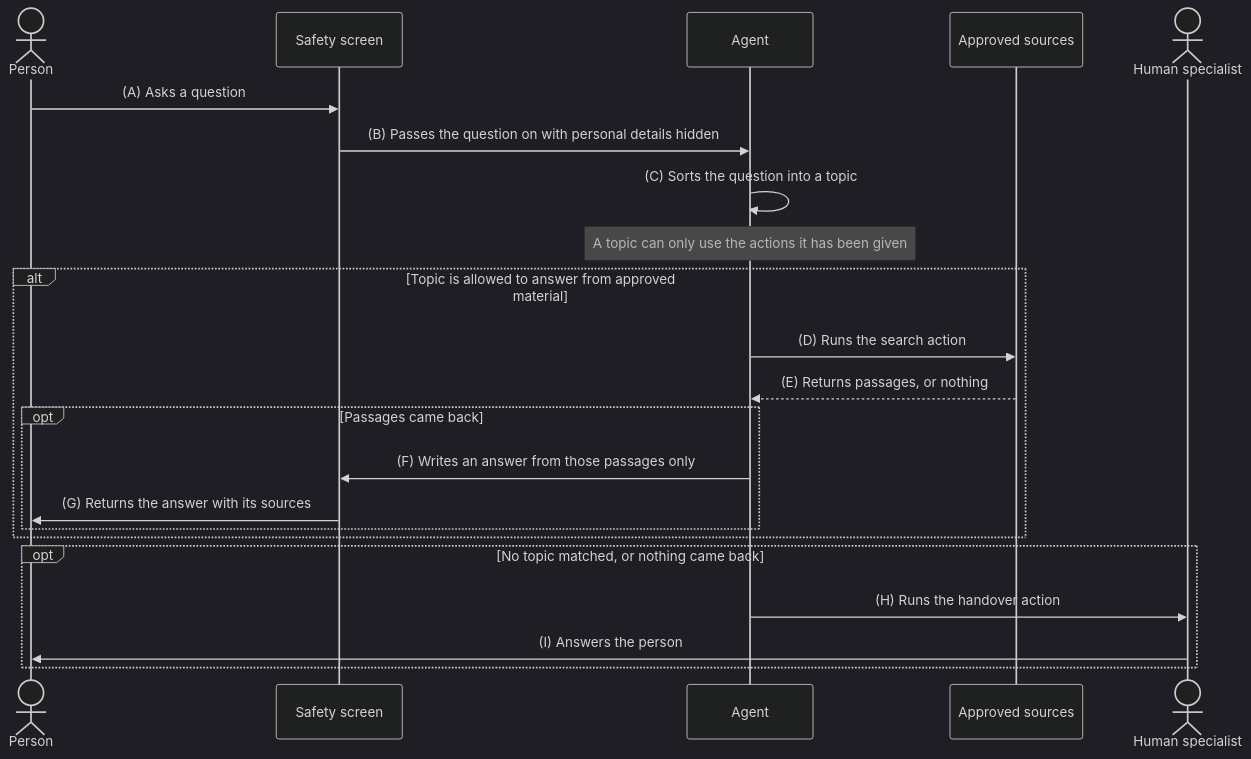
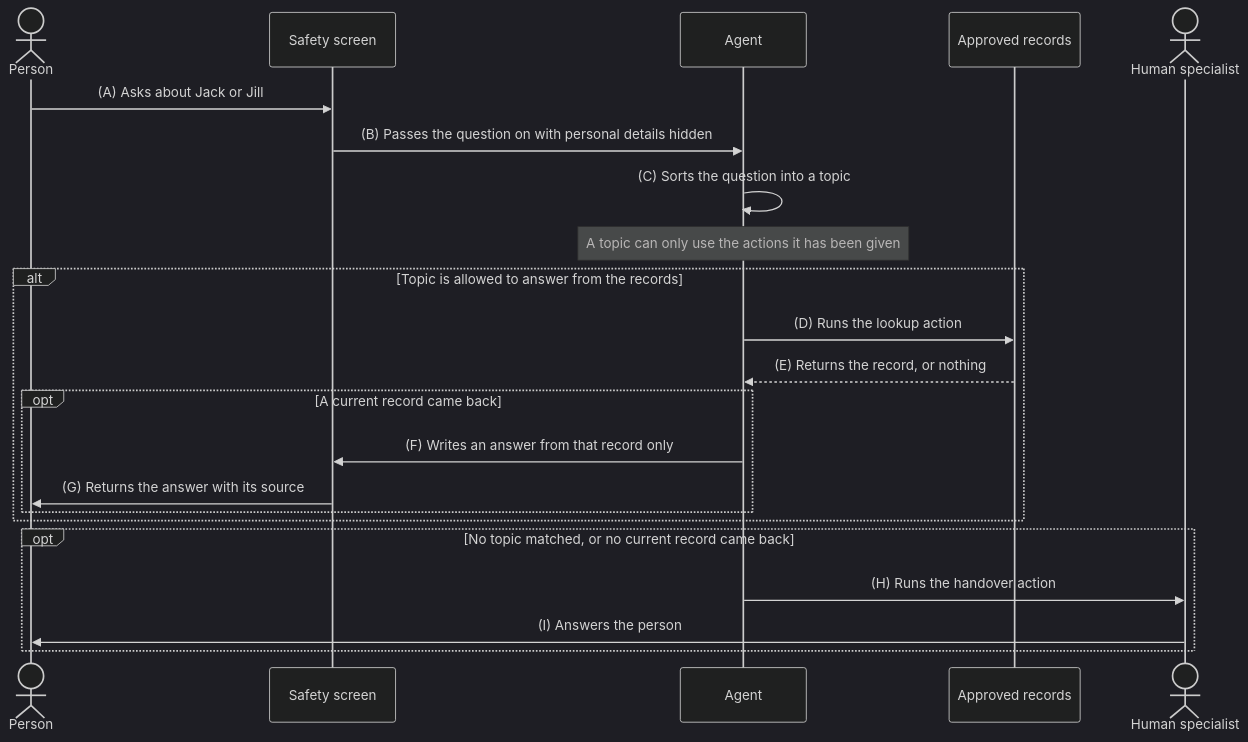
Before and after one commit to mattcam/agent-question-handoff: the diagram in README.md, drawn with Mermaid (dark theme). The commit also changed other lines of this file, not shown here.

Commit message:
Move to the Jack and Jill domain with states, acceptance criteria and handover questions

````diff
--- a/README.md
+++ b/README.md
@@ -11,28 +41,28 @@
 ```mermaid
 sequenceDiagram
     actor Person
     participant Screen as Safety screen
     participant Agent
-    participant Sources as Approved sources
+    participant Records as Approved records
     actor Specialist as Human specialist
 
-    Person->>Screen: (A) Asks a question
+    Person->>Screen: (A) Asks about Jack or Jill
     Screen->>Agent: (B) Passes the question on with personal details hidden
     Agent->>Agent: (C) Sorts the question into a topic
 
     Note over Agent: A topic can only use the actions it has been given
 
-    alt Topic is allowed to answer from approved material
-        Agent->>Sources: (D) Runs the search action
-        Sources-->>Agent: (E) Returns passages, or nothing
-        opt Passages came back
-            Agent->>Screen: (F) Writes an answer from those passages only
-            Screen->>Person: (G) Returns the answer with its sources
+    alt Topic is allowed to answer from the records
+        Agent->>Records: (D) Runs the lookup action
+        Records-->>Agent: (E) Returns the record, or nothing
+        opt A current record came back
+            Agent->>Screen: (F) Writes an answer from that record only
+            Screen->>Person: (G) Returns the answer with its source
         end
     end
 
-    opt No topic matched, or nothing came back
+    opt No topic matched, or no current record came back
         Agent->>Specialist: (H) Runs the handover action
         Specialist->>Person: (I) Answers the person
     end
 ```
````
